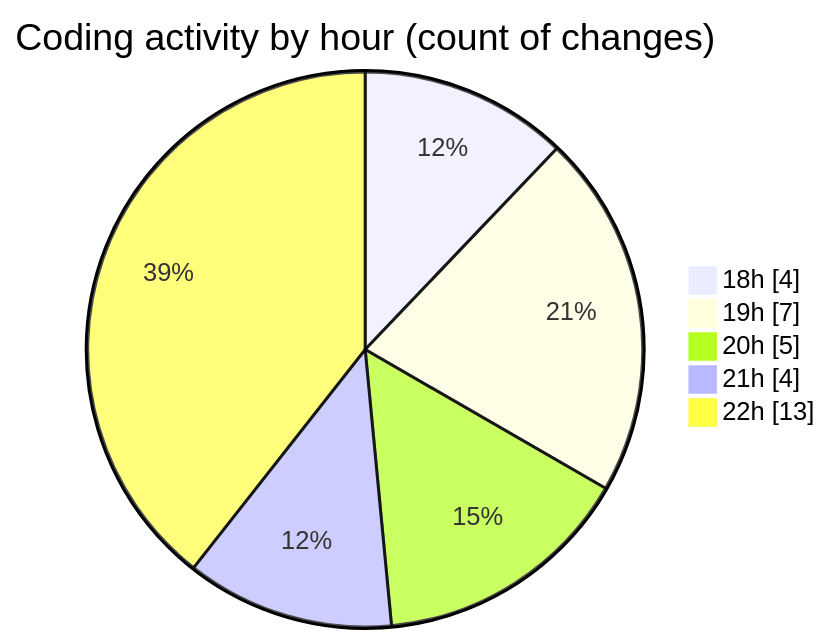
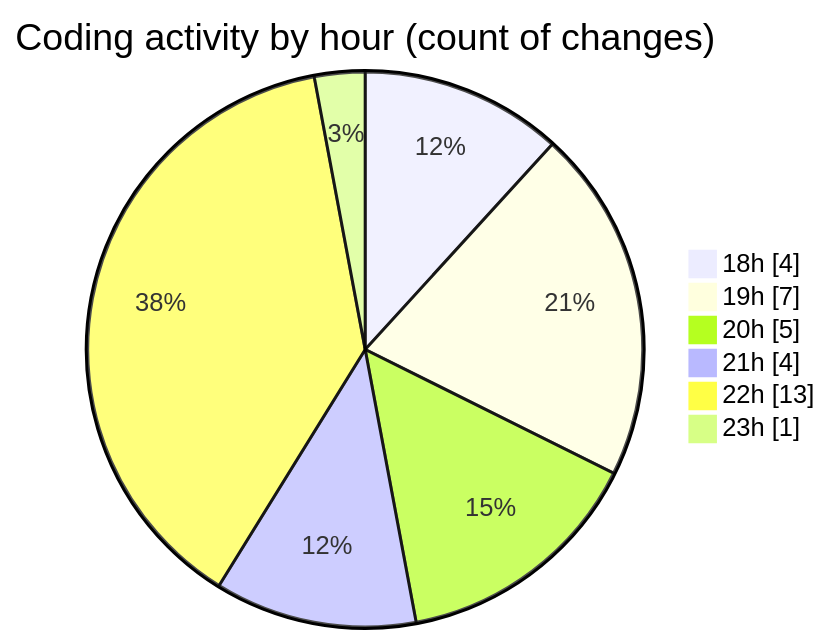
Before and after one commit to EIIisD/code-tracking: the second of 2 diagrams in 2025-07-27/refunds/README.md, drawn with Mermaid. The commit also changed other lines of this file and 1 other file, not shown here.

````diff
--- a/2025-07-27/refunds/README.md
+++ b/2025-07-27/refunds/README.md
@@ -38,9 +40,10 @@
 ```mermaid
 pie showData
 title Coding activity by hour (count of changes)
 "18h" : 4
 "19h" : 7
 "20h" : 5
 "21h" : 4
 "22h" : 13
+"23h" : 1
 ```
````
